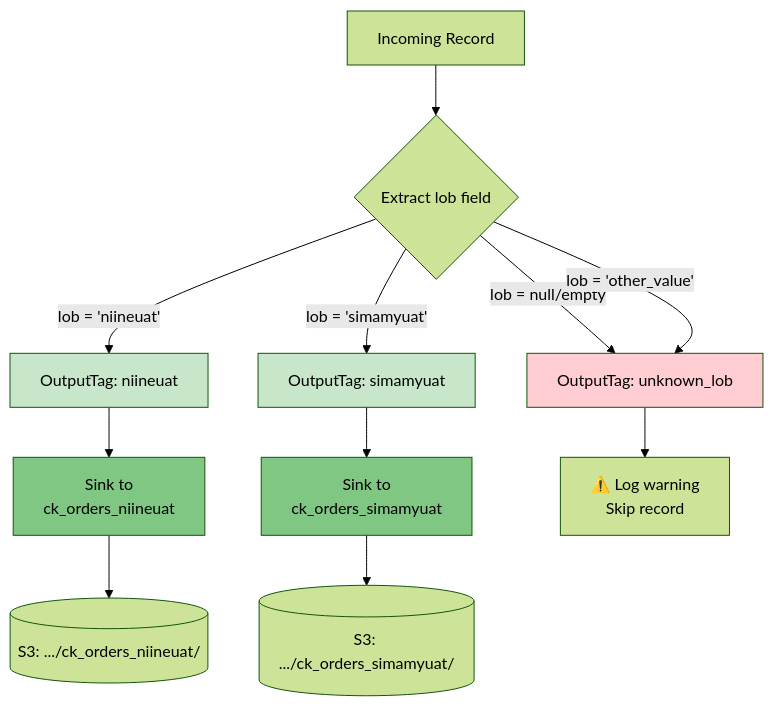
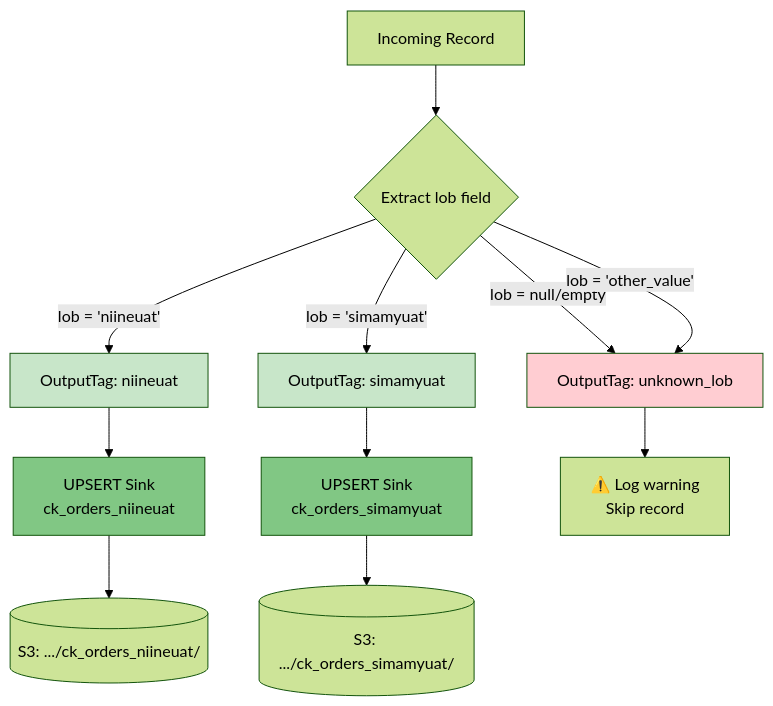
Before and after one commit to kartikrana-source/CDC-salescode-R: the third of 6 diagrams in ARCHITECTURE.md, drawn with Mermaid (forest theme). The commit also changed other lines of this file and 6 other files, not shown here.

````diff
--- a/ARCHITECTURE.md
+++ b/ARCHITECTURE.md
@@ -101,22 +103,22 @@
 ```mermaid
 flowchart TD
     START["Incoming Record"] --> CHECK{"Extract lob field"}
     
     CHECK -->|lob = 'niineuat'| TAG1["OutputTag: niineuat"]
     CHECK -->|lob = 'simamyuat'| TAG2["OutputTag: simamyuat"]
     CHECK -->|lob = null/empty| UNKNOWN["OutputTag: unknown_lob"]
     CHECK -->|lob = 'other_value'| UNKNOWN
     
-    TAG1 --> SINK1["Sink to<br/>ck_orders_niineuat"]
-    TAG2 --> SINK2["Sink to<br/>ck_orders_simamyuat"]
+    TAG1 --> SINK1["UPSERT Sink<br/>ck_orders_niineuat"]
+    TAG2 --> SINK2["UPSERT Sink<br/>ck_orders_simamyuat"]
     UNKNOWN --> LOG["⚠️ Log warning<br/>Skip record"]
 
     SINK1 --> S3_1[("S3: .../ck_orders_niineuat/")]
     SINK2 --> S3_2[("S3: .../ck_orders_simamyuat/")]
 
     style TAG1 fill:#c8e6c9
     style TAG2 fill:#c8e6c9
     style UNKNOWN fill:#ffcdd2
     style SINK1 fill:#81c784
     style SINK2 fill:#81c784
 ```
````
